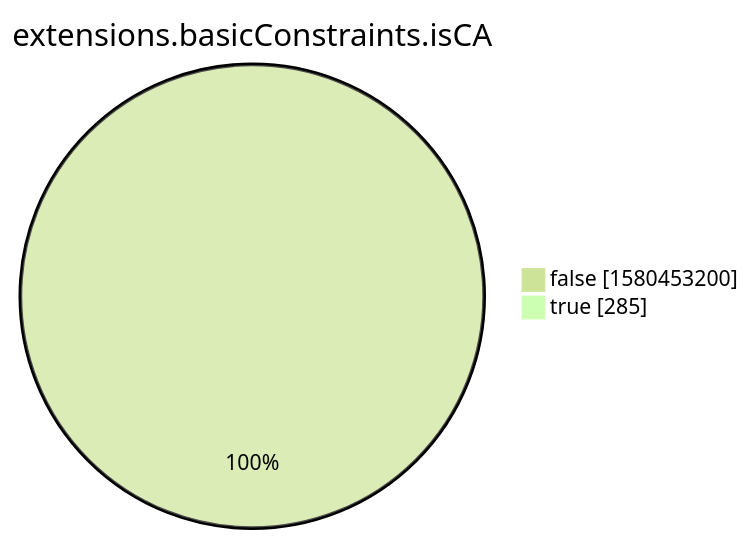
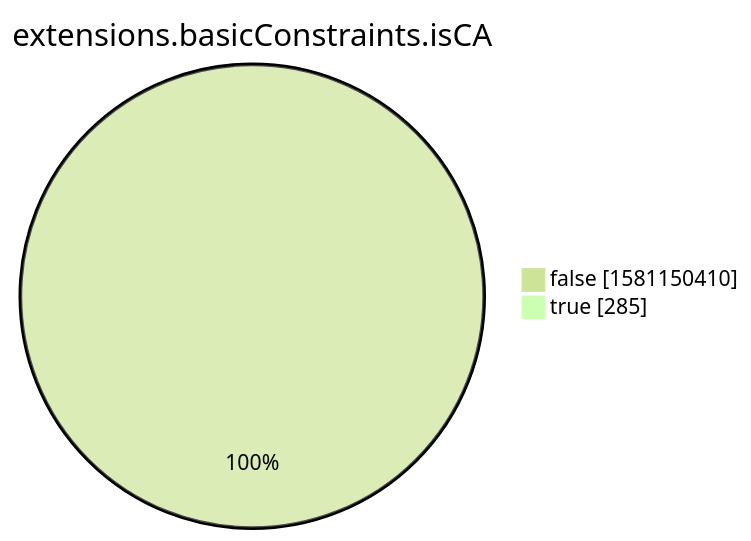
One commit to christiankrug/ctmonitor_visualization changed the eighth of 15 diagrams in xenon2022/README.md. Above: the diagram before and after it, drawn with Mermaid (forest theme). The commit also changed other lines of this file, not shown here.

````diff
--- a/xenon2022/README.md
+++ b/xenon2022/README.md
@@ -2861,6 +2861,6 @@
 ```mermaid
 pie showData
 title extensions.basicConstraints.isCA
-"false" :1580453200
+"false" :1581150410
 "true" :285
 ```
````
